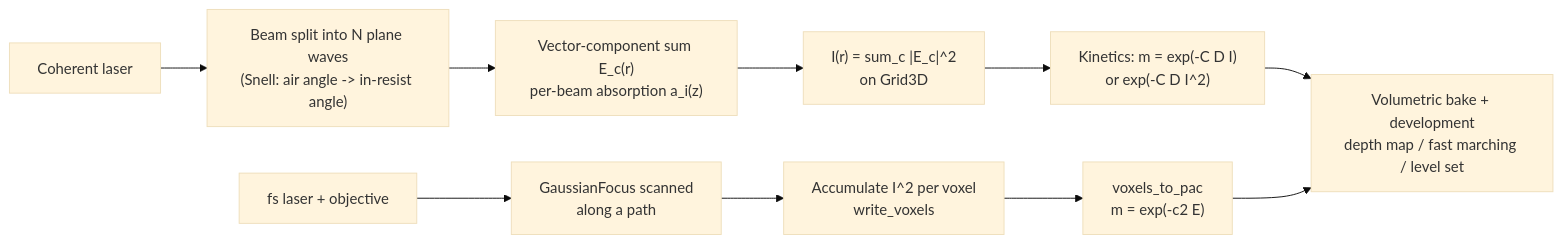
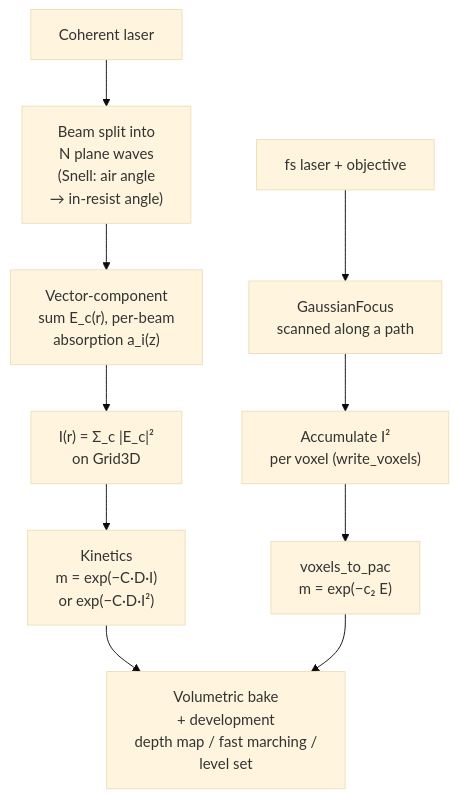
One commit to sonoransun/highuvlith changed the diagram in docs/processes/interference-volumetric.md. Above: the diagram before and after it, drawn with Mermaid (base theme). The commit also changed other lines of this file and 615 other files, not shown here.

````diff
--- a/docs/processes/interference-volumetric.md
+++ b/docs/processes/interference-volumetric.md
@@ -13,12 +57,12 @@
 ```mermaid
-flowchart LR
-    A["Coherent laser"] --> B["Beam split into N plane waves<br/>(Snell: air angle -> in-resist angle)"]
-    B --> C["Vector-component sum E_c(r)<br/>per-beam absorption a_i(z)"]
-    C --> D["I(r) = sum_c |E_c|^2<br/>on Grid3D"]
-    D --> E["Kinetics: m = exp(-C D I)<br/>or exp(-C D I^2)"]
-    A2["fs laser + objective"] --> B2["GaussianFocus scanned<br/>along a path"]
-    B2 --> C2["Accumulate I^2 per voxel<br/>write_voxels"]
-    C2 --> E2["voxels_to_pac<br/>m = exp(-c2 E)"]
-    E --> F["Volumetric bake + development<br/>depth map / fast marching / level set"]
+flowchart TD
+    A["Coherent laser"] --> B["Beam split into<br/>N plane waves<br/>(Snell: air angle<br/>→ in-resist angle)"]
+    B --> C["Vector-component<br/>sum E_c(r), per-beam<br/>absorption a_i(z)"]
+    C --> D["I(r) = Σ_c |E_c|²<br/>on Grid3D"]
+    D --> E["Kinetics<br/>m = exp(−C·D·I)<br/>or exp(−C·D·I²)"]
+    A2["fs laser + objective"] --> B2["GaussianFocus<br/>scanned along a path"]
+    B2 --> C2["Accumulate I²<br/>per voxel (write_voxels)"]
+    C2 --> E2["voxels_to_pac<br/>m = exp(−c₂ E)"]
+    E --> F["Volumetric bake<br/>+ development<br/>depth map / fast marching /<br/>level set"]
     E2 --> F
 ```
````
